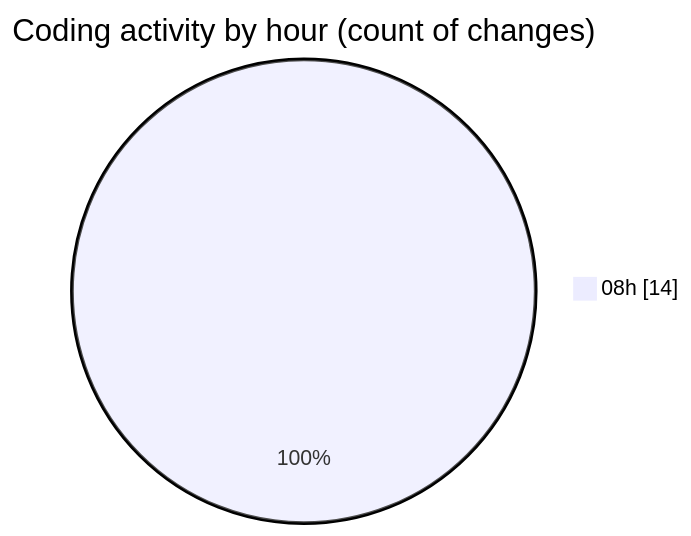
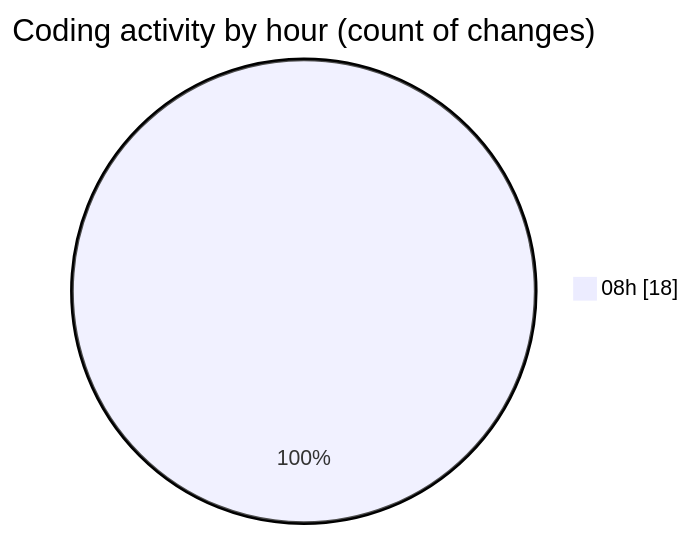
The second of 2 diagrams in 2025-04-09/cda/README.md (momahboobian/code-tracking), drawn with Mermaid before and after one commit. The commit also changed other lines of this file and 1 other file, not shown here.

````diff
--- a/2025-04-09/cda/README.md
+++ b/2025-04-09/cda/README.md
@@ -30,5 +30,5 @@
 ```mermaid
 pie showData
 title Coding activity by hour (count of changes)
-"08h" : 14
+"08h" : 18
 ```
````
